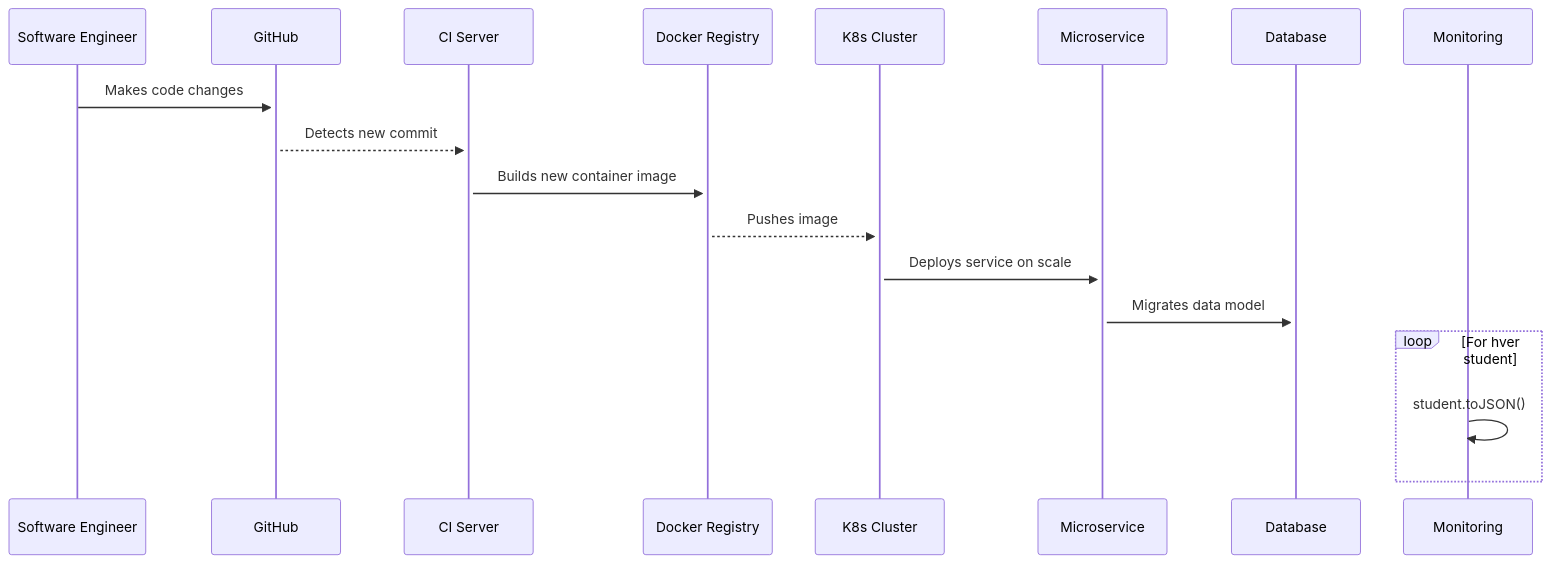
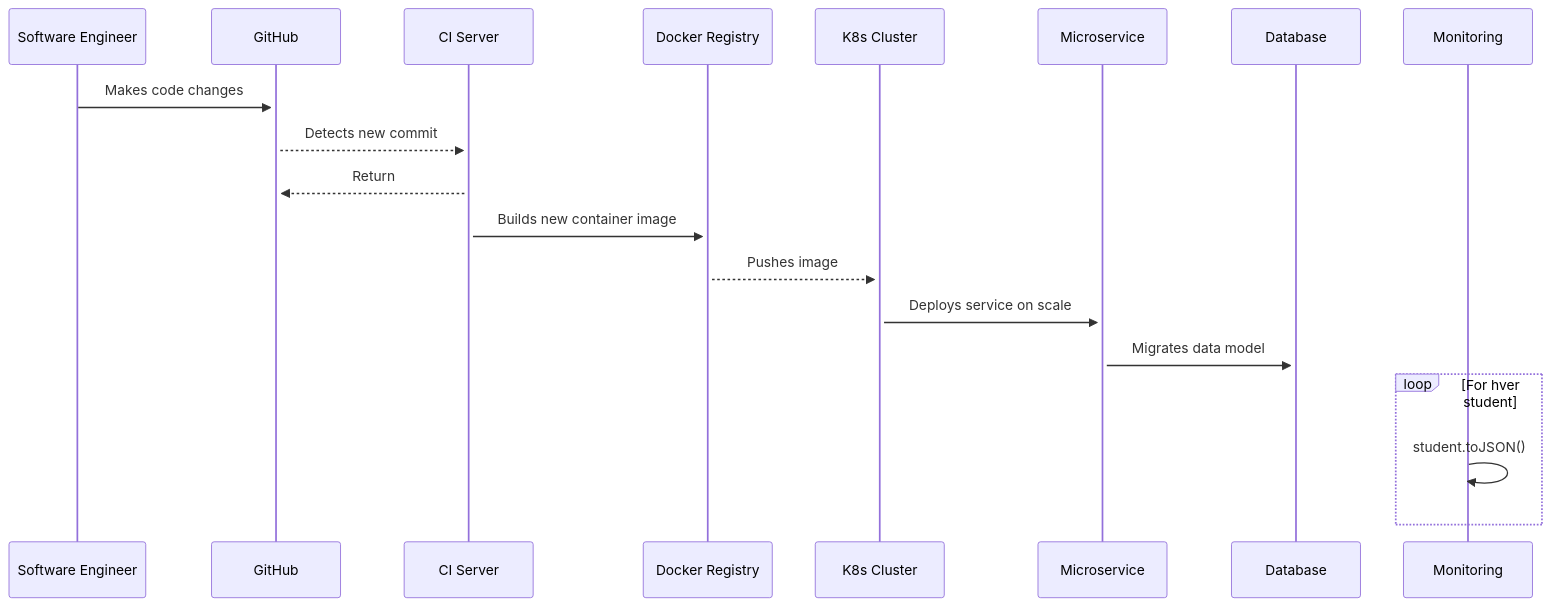
Before and after one commit to digitnow/data1500-lecture-02: the diagram in seqdiagr/test-mermaid.md, drawn with Mermaid.

Commit message:
testing 7

````diff
--- a/seqdiagr/test-mermaid.md
+++ b/seqdiagr/test-mermaid.md
@@ -3,21 +3,22 @@
 ```mermaid
 sequenceDiagram
     participant SE as Software Engineer
     participant GH as GitHub
     participant CI as CI Server
     participant DR as Docker Registry
     participant KC as K8s Cluster
     participant MS as Microservice
     participant DB as Database
     participant MON as Monitoring
 
     SE->>+GH: Makes code changes
     GH-->>+CI: Detects new commit
+    CI-->>GH: Return
     CI->>+DR: Builds new container image
     DR-->>+KC: Pushes image
     KC->>+MS: Deploys service on scale
     MS->>+DB: Migrates data model
     loop For hver student
         MON->>MON: student.toJSON()
     end
 ```
````
